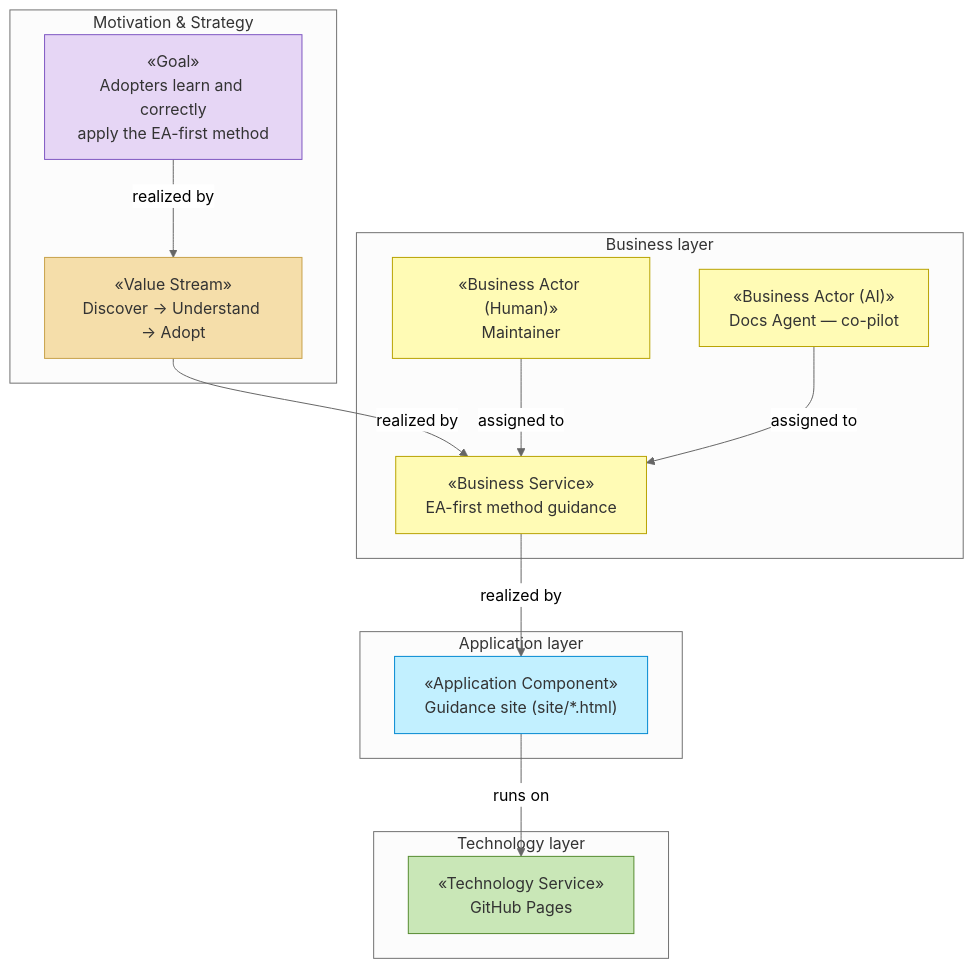
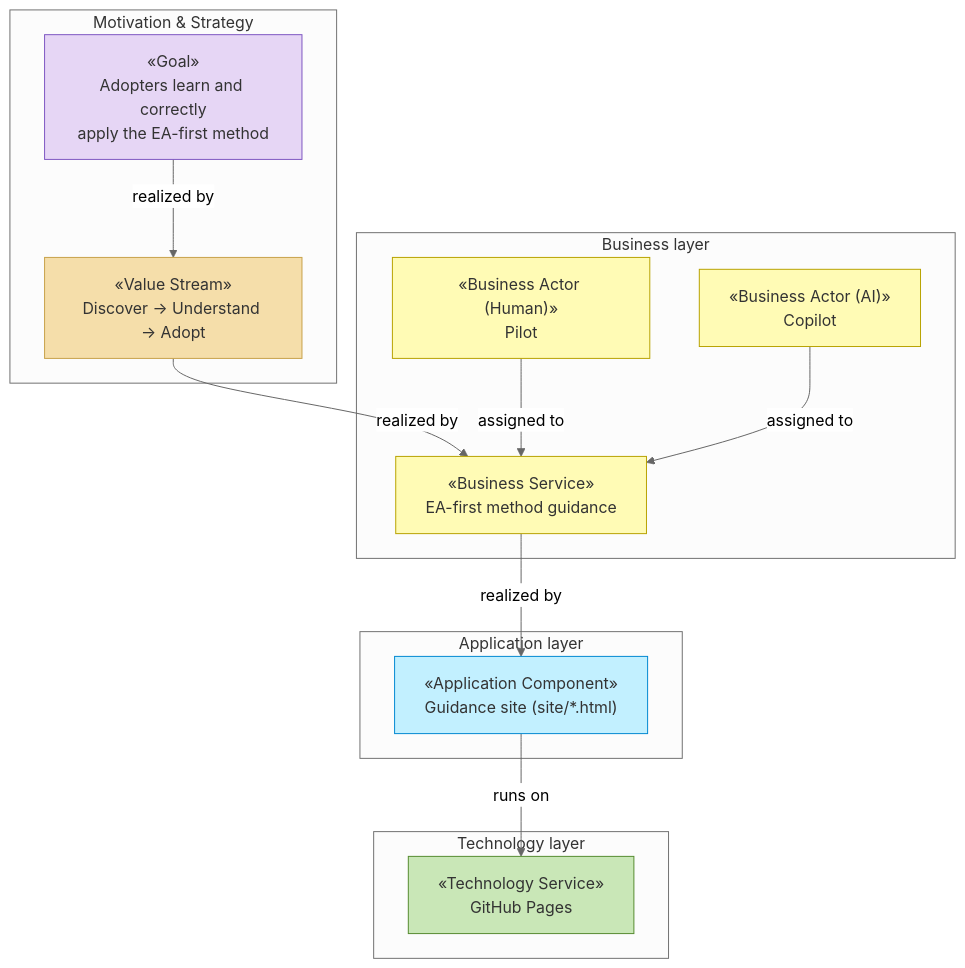
Before and after one commit to roanboc/architecture-archreator: the diagram in example/docs/ea/README.md, drawn with Mermaid (neutral theme). The commit also changed 18 other files, not shown here.

First line of the commit message:
refactor: rename example actors to Pilot (human) and Copilot (AI)

````diff
--- a/example/docs/ea/README.md
+++ b/example/docs/ea/README.md
@@ -44,34 +44,34 @@
 ```mermaid
 flowchart TB
   subgraph MOT["Motivation & Strategy"]
     goal["«Goal»<br>Adopters learn and correctly<br>apply the EA-first method"]:::motivation
     vs["«Value Stream»<br>Discover → Understand → Adopt"]:::strategy
   end
 
   subgraph BUS["Business layer"]
     svc["«Business Service»<br>EA-first method guidance"]:::business
-    maint["«Business Actor (Human)»<br>Maintainer"]:::business
-    agent["«Business Actor (AI)»<br>Docs Agent — co-pilot"]:::business
+    maint["«Business Actor (Human)»<br>Pilot"]:::business
+    agent["«Business Actor (AI)»<br>Copilot"]:::business
   end
 
   subgraph APP["Application layer"]
     app["«Application Component»<br>Guidance site (site/*.html)"]:::application
   end
 
   subgraph TEC["Technology layer"]
     tech["«Technology Service»<br>GitHub Pages"]:::technology
   end
 
   goal -->|realized by| vs
   vs -->|realized by| svc
   maint -->|assigned to| svc
   agent -->|assigned to| svc
   svc -->|realized by| app
   app -->|runs on| tech
 
   classDef motivation fill:#e6d6f5,stroke:#7e57c2,color:#333
   classDef strategy fill:#f5deaa,stroke:#c8a24a,color:#333
   classDef business fill:#fffbb5,stroke:#b8a200,color:#333
   classDef application fill:#c2f0ff,stroke:#0288d1,color:#333
   classDef technology fill:#c9e7b7,stroke:#558b2f,color:#333
 ```
````
